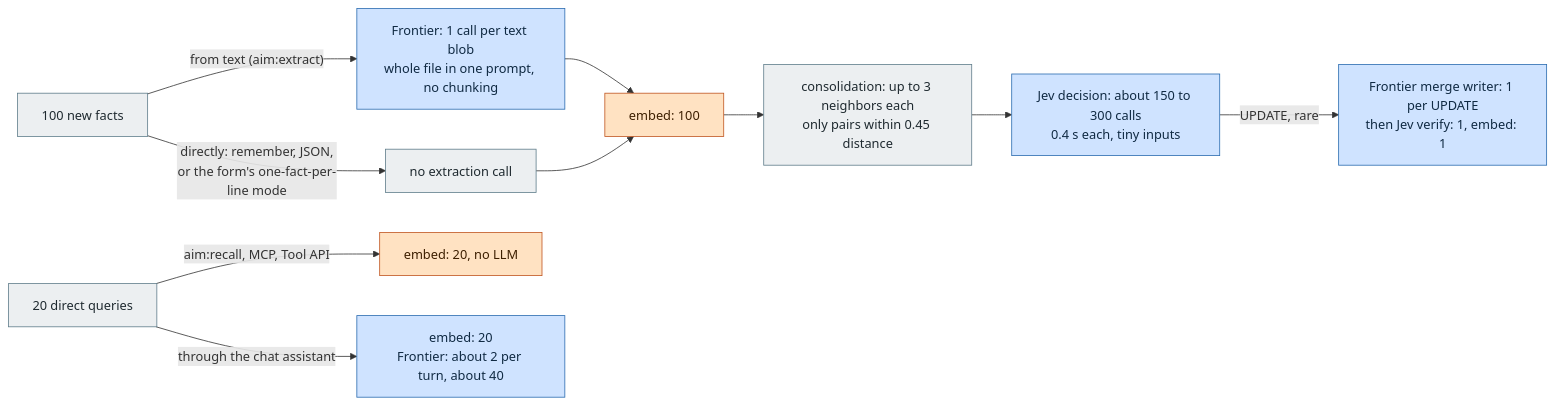
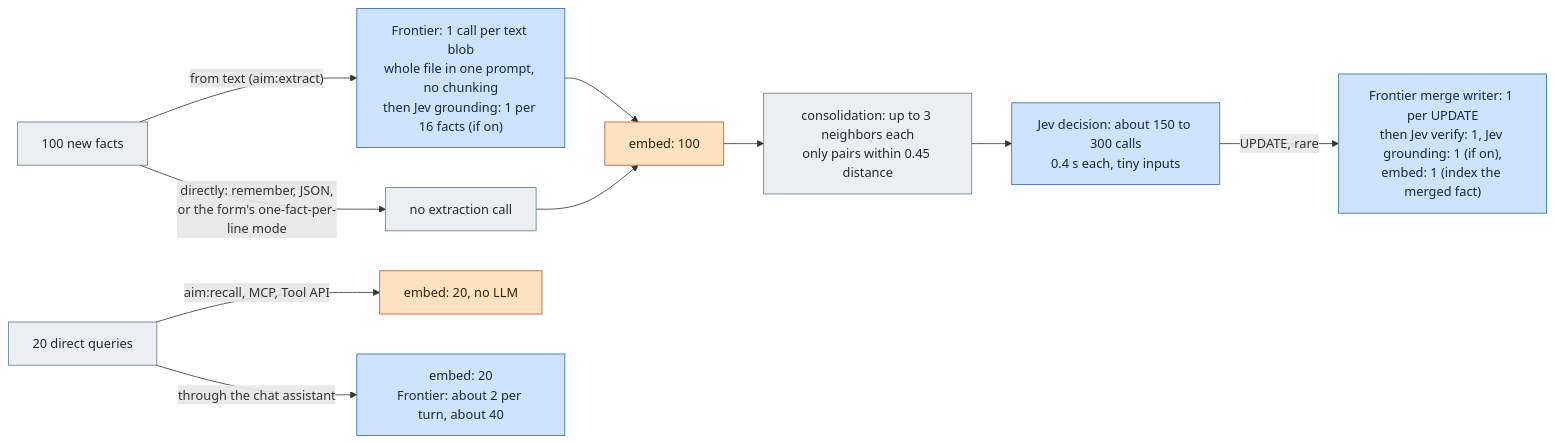
One commit to NikLP/aim changed the fourth of 6 diagrams in adr/workflow-diagram.md. Above: the diagram before and after it, drawn with Mermaid. The commit also changed other lines of this file and 3 other files, not shown here.

````diff
--- a/adr/workflow-diagram.md
+++ b/adr/workflow-diagram.md
@@ -272,20 +321,20 @@
 ```mermaid
 flowchart LR
   classDef llm fill:#cfe3ff,stroke:#2b6cb0,color:#102a43
   classDef vec fill:#ffe2c2,stroke:#c05621,color:#3d1f00
   classDef code fill:#eceff1,stroke:#607d8b,color:#1f2a30
 
   IN100["100 new facts"]:::code
   Q20["20 direct queries"]:::code
 
-  IN100 -->|"from text (aim:extract)"| EX["Frontier: 1 call per text blob<br/>whole file in one prompt, no chunking"]:::llm
+  IN100 -->|"from text (aim:extract)"| EX["Frontier: 1 call per text blob<br/>whole file in one prompt, no chunking<br/>then Jev grounding: 1 per 16 facts (if on)"]:::llm
   IN100 -->|"directly: remember, JSON,<br/>or the form's one-fact-per-line mode"| NOEX["no extraction call"]:::code
   EX --> EMB1["embed: 100"]:::vec
   NOEX --> EMB1
   EMB1 --> CONS["consolidation: up to 3 neighbors each<br/>only pairs within 0.45 distance"]:::code
   CONS --> JEV["Jev decision: about 150 to 300 calls<br/>0.4 s each, tiny inputs"]:::llm
-  JEV -->|"UPDATE, rare"| MERGE["Frontier merge writer: 1 per UPDATE<br/>then Jev verify: 1, embed: 1"]:::llm
+  JEV -->|"UPDATE, rare"| MERGE["Frontier merge writer: 1 per UPDATE<br/>then Jev verify: 1, Jev grounding: 1 (if on),<br/>embed: 1 (index the merged fact)"]:::llm
 
   Q20 -->|"aim:recall, MCP, Tool API"| QR["embed: 20, no LLM"]:::vec
   Q20 -->|"through the chat assistant"| QC["embed: 20<br/>Frontier: about 2 per turn, about 40"]:::llm
 ```
````
